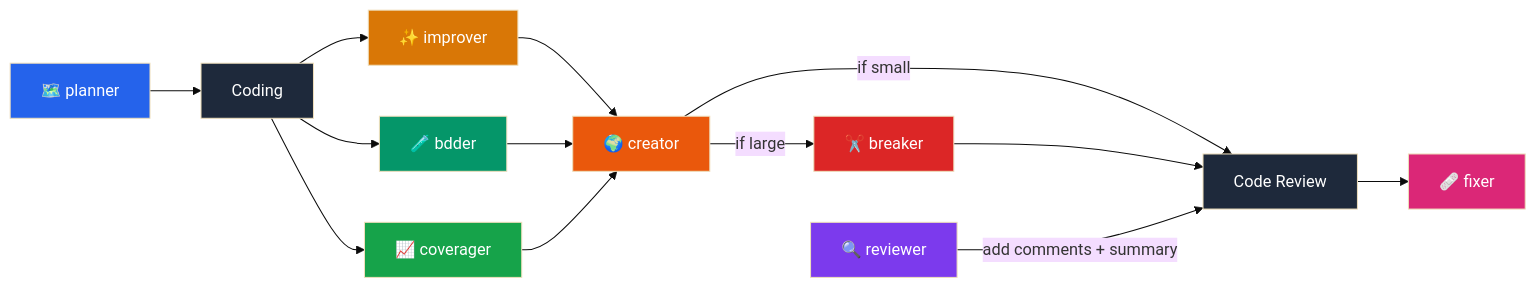
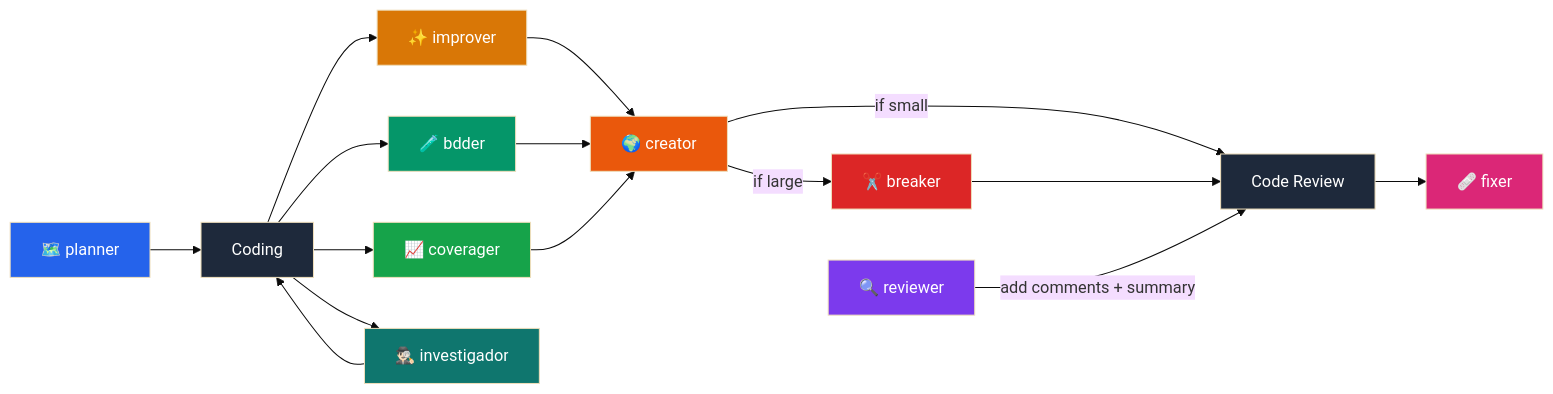
Before and after one commit to Victorcorcos/skills: the diagram in README.md, drawn with Mermaid (base theme). The commit also changed other lines of this file and 3 other files, not shown here.

````diff
--- a/README.md
+++ b/README.md
@@ -57,26 +58,29 @@
 ```mermaid
 flowchart LR
     A[🗺️ planner] --> B[Coding]
     B --> C[✨ improver]
     B --> D[🧪 bdder]
     B --> J[📈 coverager]
     C --> E[🌍 creator]
     D --> E[🌍 creator]
     J --> E[🌍 creator]
     E -->|if small| F[Code Review]
     E -->|if large| G[✂️ breaker]
     G --> F
     I[🔍 reviewer] -->|add comments + summary| F
     F --> H[🩹 fixer]
+    B --> K[🕵🏻‍♂️ investigador]
+    K --> B
 
     style A fill:#2563EB,color:#fff
     style C fill:#D97706,color:#fff
     style D fill:#059669,color:#fff
     style E fill:#EA580C,color:#fff
     style F fill:#1e293b,color:#fff
     style G fill:#DC2626,color:#fff
     style H fill:#DB2777,color:#fff
     style I fill:#7C3AED,color:#fff
     style J fill:#16a34a,color:#fff
+    style K fill:#0f766e,color:#fff
     style B fill:#1e293b,color:#fff
 ```
````
